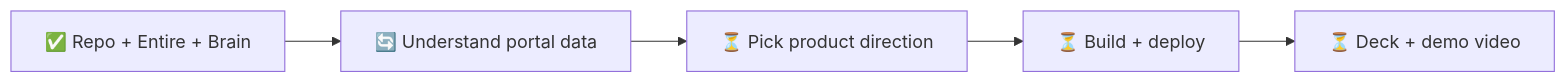
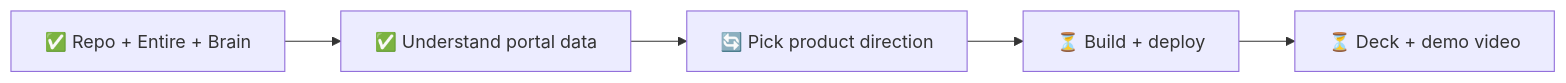
Before and after one commit to KiraKami-dev/ask-soony: the diagram in PROGRESS.md, drawn with Mermaid. The commit also changed other lines of this file, not shown here.

First line of the commit message:
Update progress: portal data analysed

````diff
--- a/PROGRESS.md
+++ b/PROGRESS.md
@@ -6,4 +6,4 @@
 ```mermaid
 flowchart LR
-  A[✅ Repo + Entire + Brain] --> B[🔄 Understand portal data] --> C[⏳ Pick product direction] --> D[⏳ Build + deploy] --> E[⏳ Deck + demo video]
+  A[✅ Repo + Entire + Brain] --> B[✅ Understand portal data] --> C[🔄 Pick product direction] --> D[⏳ Build + deploy] --> E[⏳ Deck + demo video]
 ```
````
